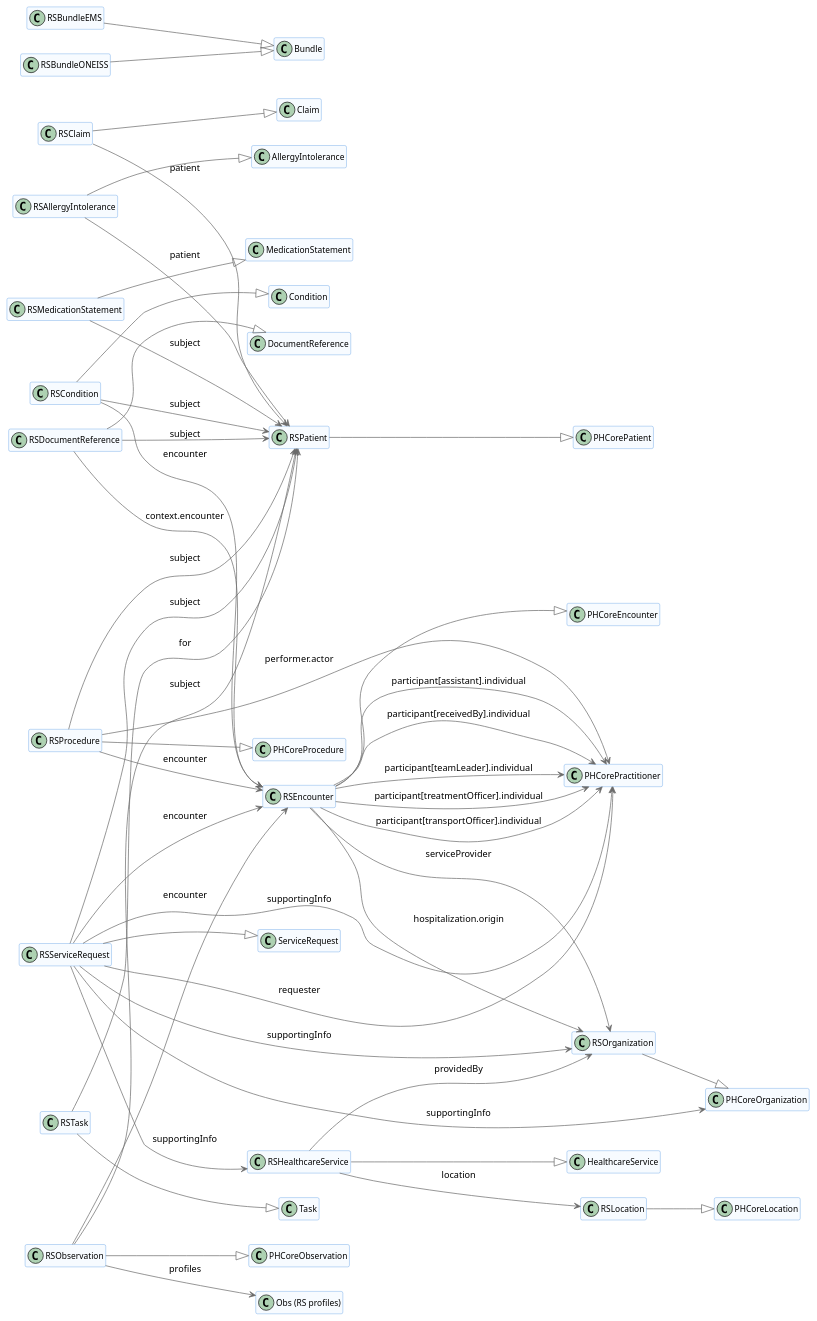
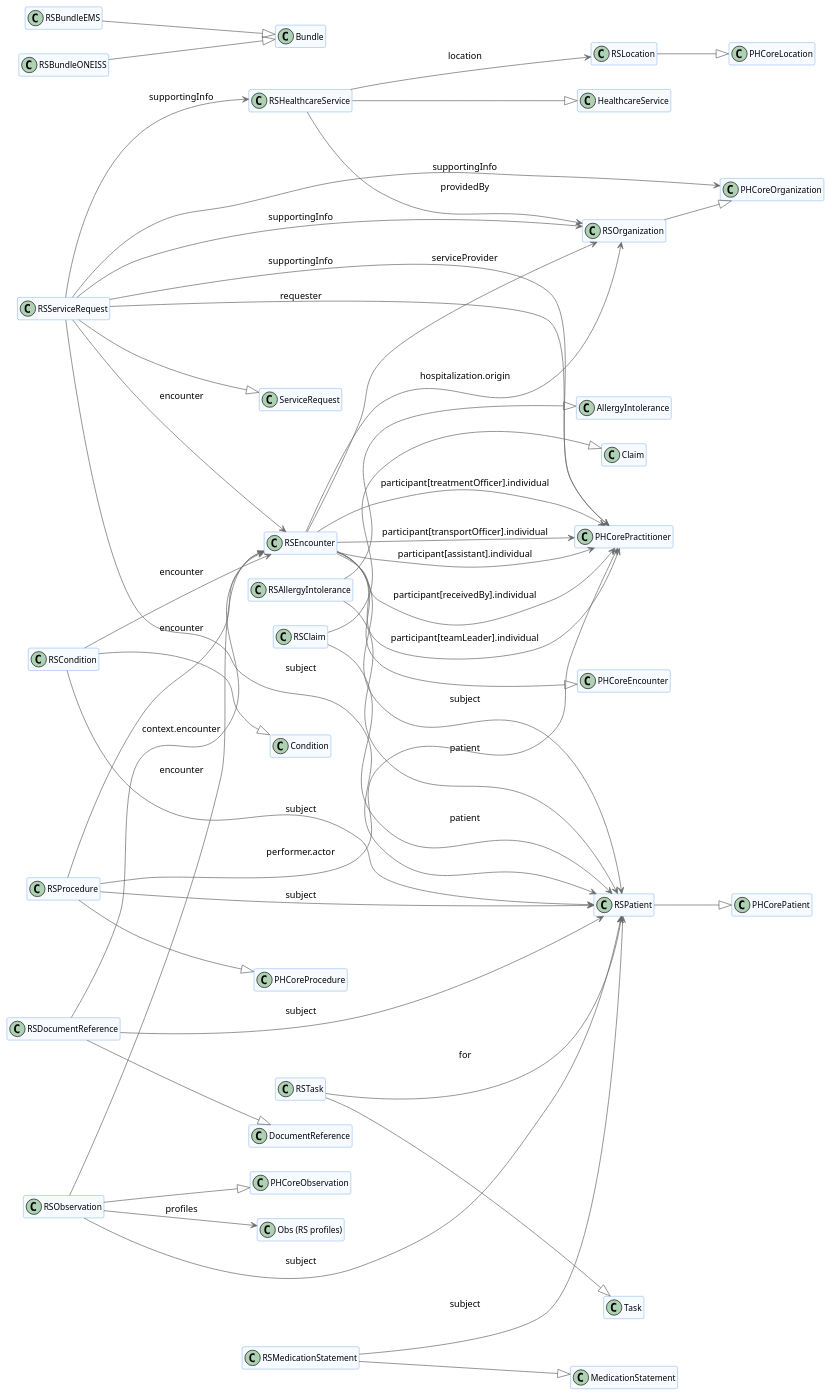
Before and after one commit to UPM-NTHC/PH-RoadSafetyIG: the diagram in input/images-source/fsh-relationships-simple.plantuml, drawn with PlantUML. The commit also changed 2 other files, not shown here.

Commit message:
feat!: require RSEncounter.subject and refresh bundle/condition models
- RSEncounter: add subject 1..1; constrain to Reference(RSPatient)
- PlantUML: add RSEncounter → RSPatient subject relationship
- RSBundleEMS diagram: remove injury/transport/triage entries; add
  observationReportedComplaint and observationCallSource
- RSBundleONEISS diagram: add generic entry [0..*] and
  observationPostCrash
- RSCondition diagram: expand with category, severity, bodySite,
  evidence, note; make code 0..1 with explicit ICD-10 and SCT codings

Why: enforce patient linkage for encounters, align diagrams with current
RS profiles, and improve Condition expressivity.

BREAKING CHANGE: RSEncounter now requires subject Reference(RSPatient).
Update all Encounter instances to include a subject.

```diff
--- a/input/images-source/fsh-relationships-simple.plantuml
+++ b/input/images-source/fsh-relationships-simple.plantuml
@@ -1,93 +1,94 @@
 @startuml
 skinparam ClassFontName Arial
 skinparam ClassFontSize 12
 skinparam ClassAttributeIconSize 0
 skinparam ClassBackgroundColor #F7FBFF
 skinparam ClassBorderColor #4A90E2
 skinparam ArrowColor #6A6A6A
 skinparam ArrowThickness 1
 hide members
 left to right direction
 
 class "RSAllergyIntolerance"
 class "AllergyIntolerance"
 class "RSPatient"
 class "RSBundleEMS"
 class "Bundle"
 class "RSBundleONEISS"
 class "RSClaim"
 class "Claim"
 class "RSCondition"
 class "Condition"
 class "RSEncounter"
 class "RSDocumentReference"
 class "DocumentReference"
 class "PHCoreEncounter"
 class "RSOrganization"
 class "PHCorePractitioner"
 class "RSLocation"
 class "PHCoreLocation"
 class "RSMedicationStatement"
 class "MedicationStatement"
 class "RSObservation"
 class "PHCoreObservation"
 class "PHCoreOrganization"
 class "RSHealthcareService"
 class "HealthcareService"
 class "PHCorePatient"
 class "RSProcedure"
 class "PHCoreProcedure"
 class "RSServiceRequest"
 class "ServiceRequest"
 class "RSTask"
 class "Task"
 class "Obs (RS profiles)"
 
 "RSAllergyIntolerance" --> "RSPatient" : patient
 "RSClaim" --> "RSPatient" : patient
 "RSCondition" --> "RSPatient" : subject
 "RSCondition" --> "RSEncounter" : encounter
 "RSDocumentReference" --> "RSPatient" : subject
 "RSDocumentReference" --> "RSEncounter" : context.encounter
+"RSEncounter" --> "RSPatient" : subject
 "RSEncounter" --> "RSOrganization" : serviceProvider
 "RSEncounter" --> "RSOrganization" : hospitalization.origin
 "RSEncounter" --> "PHCorePractitioner" : participant[receivedBy].individual
 "RSEncounter" --> "PHCorePractitioner" : participant[teamLeader].individual
 "RSEncounter" --> "PHCorePractitioner" : participant[treatmentOfficer].individual
 "RSEncounter" --> "PHCorePractitioner" : participant[transportOfficer].individual
 "RSEncounter" --> "PHCorePractitioner" : participant[assistant].individual
 "RSMedicationStatement" --> "RSPatient" : subject
 "RSObservation" --> "RSPatient" : subject
 "RSObservation" --> "RSEncounter" : encounter
 "RSHealthcareService" --> "RSOrganization" : providedBy
 "RSHealthcareService" --> "RSLocation" : location
 "RSProcedure" --> "RSPatient" : subject
 "RSProcedure" --> "RSEncounter" : encounter
 "RSProcedure" --> "PHCorePractitioner" : performer.actor
 "RSServiceRequest" --> "RSHealthcareService" : supportingInfo
 "RSServiceRequest" --> "RSOrganization" : supportingInfo
 "RSServiceRequest" --> "PHCoreOrganization" : supportingInfo
 "RSServiceRequest" --> "PHCorePractitioner" : supportingInfo
 "RSServiceRequest" --> "PHCorePractitioner" : requester
 "RSServiceRequest" --> "RSPatient" : subject
 "RSServiceRequest" --> "RSEncounter" : encounter
 "RSTask" --> "RSPatient" : for
 "RSObservation" --> "Obs (RS profiles)" : profiles
 "RSAllergyIntolerance" --|> "AllergyIntolerance"
 "RSBundleEMS" --|> "Bundle"
 "RSBundleONEISS" --|> "Bundle"
 "RSClaim" --|> "Claim"
 "RSCondition" --|> "Condition"
 "RSDocumentReference" --|> "DocumentReference"
 "RSEncounter" --|> "PHCoreEncounter"
 "RSLocation" --|> "PHCoreLocation"
 "RSMedicationStatement" --|> "MedicationStatement"
 "RSObservation" --|> "PHCoreObservation"
 "RSOrganization" --|> "PHCoreOrganization"
 "RSHealthcareService" --|> "HealthcareService"
 "RSPatient" --|> "PHCorePatient"
 "RSProcedure" --|> "PHCoreProcedure"
 "RSServiceRequest" --|> "ServiceRequest"
 "RSTask" --|> "Task"
 
 @enduml
```
